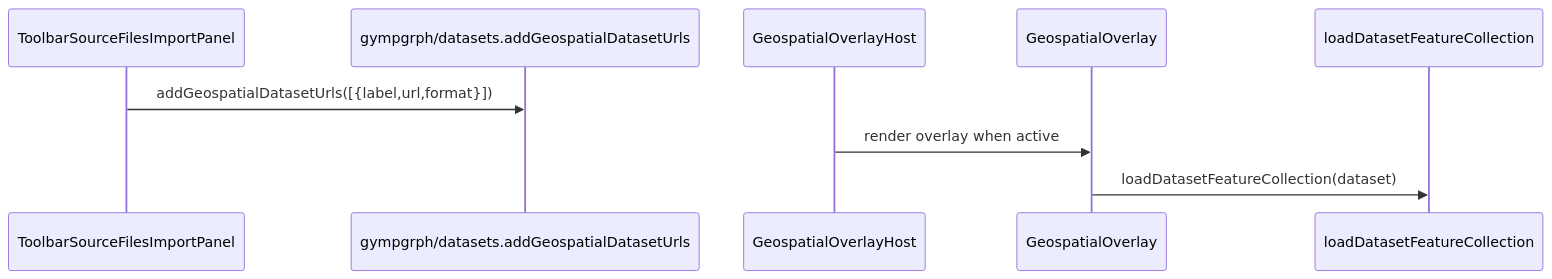
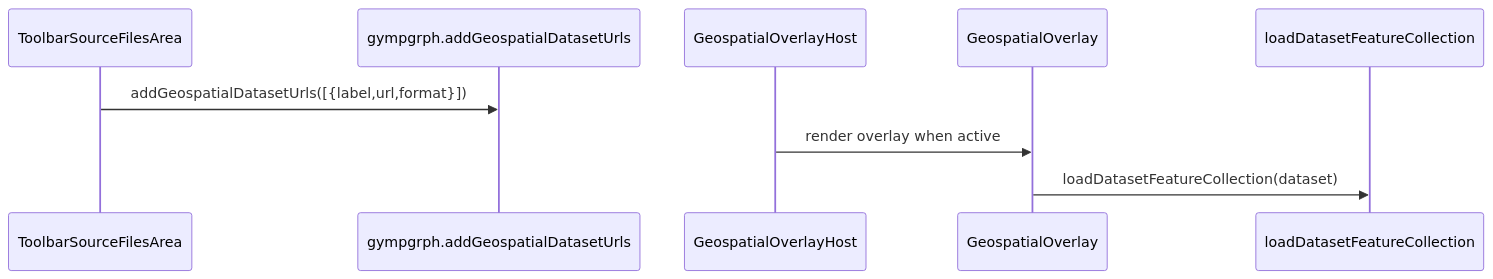
Before and after one commit to huijoohwee/knowgrph: the third of 3 diagrams in docs/documents/knowgrph-source-files-import-document.md, drawn with Mermaid. The commit also changed other lines of this file and 64 other files, not shown here.

````diff
--- a/docs/documents/knowgrph-source-files-import-document.md
+++ b/docs/documents/knowgrph-source-files-import-document.md
@@ -83,12 +76,12 @@
 ```mermaid
 sequenceDiagram
-  participant UI as ToolbarSourceFilesImportPanel
-  participant M as gympgrph/datasets.addGeospatialDatasetUrls
+  participant UI as ToolbarSourceFilesArea
+  participant M as gympgrph.addGeospatialDatasetUrls
   participant H as GeospatialOverlayHost
   participant O as GeospatialOverlay
   participant L as loadDatasetFeatureCollection
 
   UI->>M: addGeospatialDatasetUrls([{label,url,format}])
   H->>O: render overlay when active
   O->>L: loadDatasetFeatureCollection(dataset)
 ```
````
